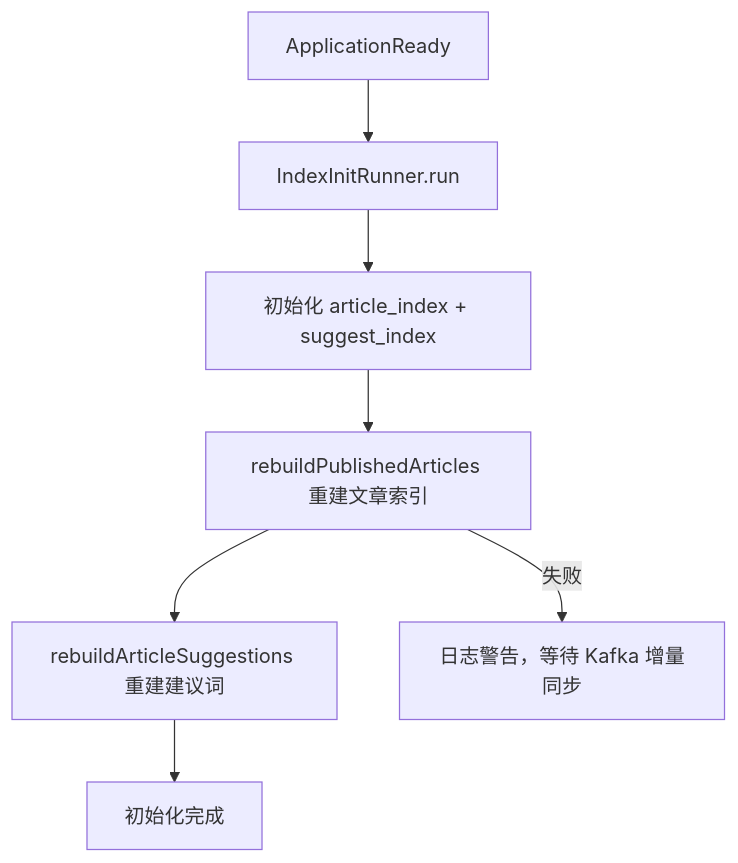
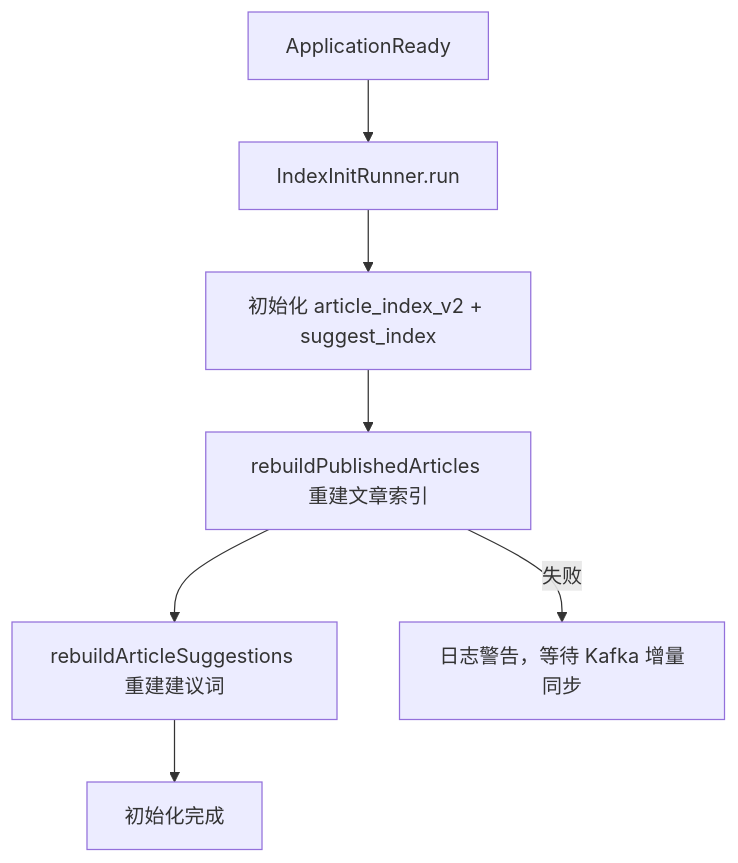
Before and after one commit to maa-hh/game-community-platform: the third of 4 diagrams in docs/v2/search-service.md, drawn with Mermaid. The commit also changed other lines of this file and 9 other files, not shown here.

````diff
--- a/docs/v2/search-service.md
+++ b/docs/v2/search-service.md
@@ -413,9 +413,9 @@
 ```mermaid
 flowchart TD
     A[ApplicationReady] --> B[IndexInitRunner.run]
-    B --> C[初始化 article_index + suggest_index]
+    B --> C[初始化 article_index_v2 + suggest_index]
     C --> D[rebuildPublishedArticles 重建文章索引]
     D --> E[rebuildArticleSuggestions 重建建议词]
     E --> F[初始化完成]
     D -->|失败| G[日志警告，等待 Kafka 增量同步]
 ```
````
